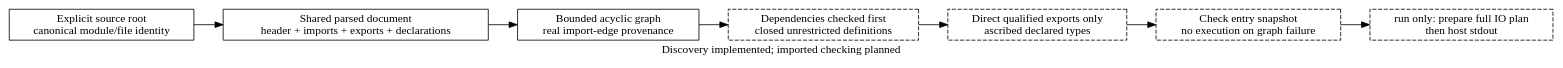
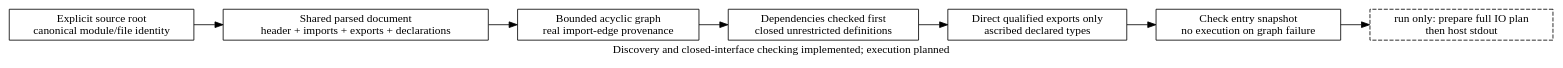
One commit to odunboye/fibril changed the diagram in docs/diagrams/modules-first-slice.dot. Above: the diagram before and after it, drawn with Graphviz. The commit also changed 16 other files, not shown here.

Commit message:
Check closed module interfaces with qualified exports and expansion admission

```diff
--- a/docs/diagrams/modules-first-slice.dot
+++ b/docs/diagrams/modules-first-slice.dot
@@ -1,13 +1,13 @@
 digraph ModulePlan {
   rankdir=LR;
   node [shape=box];
-  label="Discovery implemented; imported checking planned";
+  label="Discovery and closed-interface checking implemented; execution planned";
   source [label="Explicit source root\ncanonical module/file identity"];
   parse [label="Shared parsed document\nheader + imports + exports + declarations"];
   dependencies [label="Bounded acyclic graph\nreal import-edge provenance"];
-  check [style=dashed, label="Dependencies checked first\nclosed unrestricted definitions"];
-  signature [style=dashed, label="Direct qualified exports only\nascribed declared types"];
-  entry [style=dashed, label="Check entry snapshot\nno execution on graph failure"];
+  check [label="Dependencies checked first\nclosed unrestricted definitions"];
+  signature [label="Direct qualified exports only\nascribed declared types"];
+  entry [label="Check entry snapshot\nno execution on graph failure"];
   runtime [style=dashed, label="run only: prepare full IO plan\nthen host stdout"];
   source -> parse -> dependencies -> check -> signature -> entry -> runtime;
 }
```
